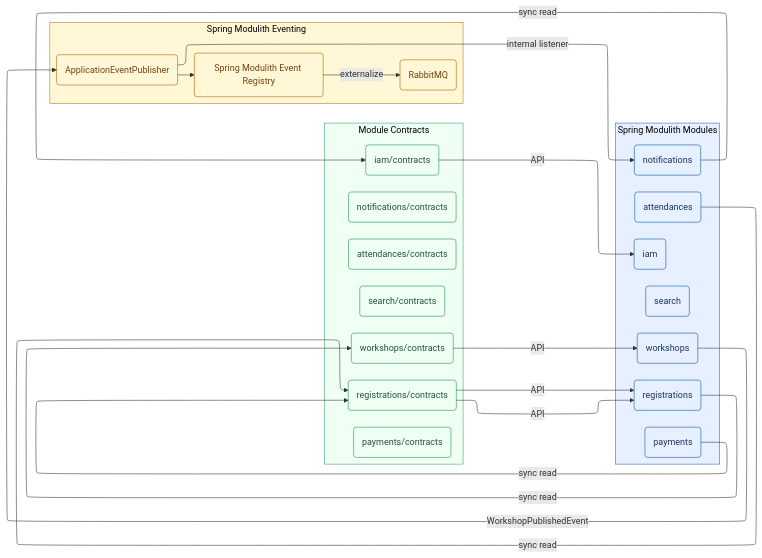
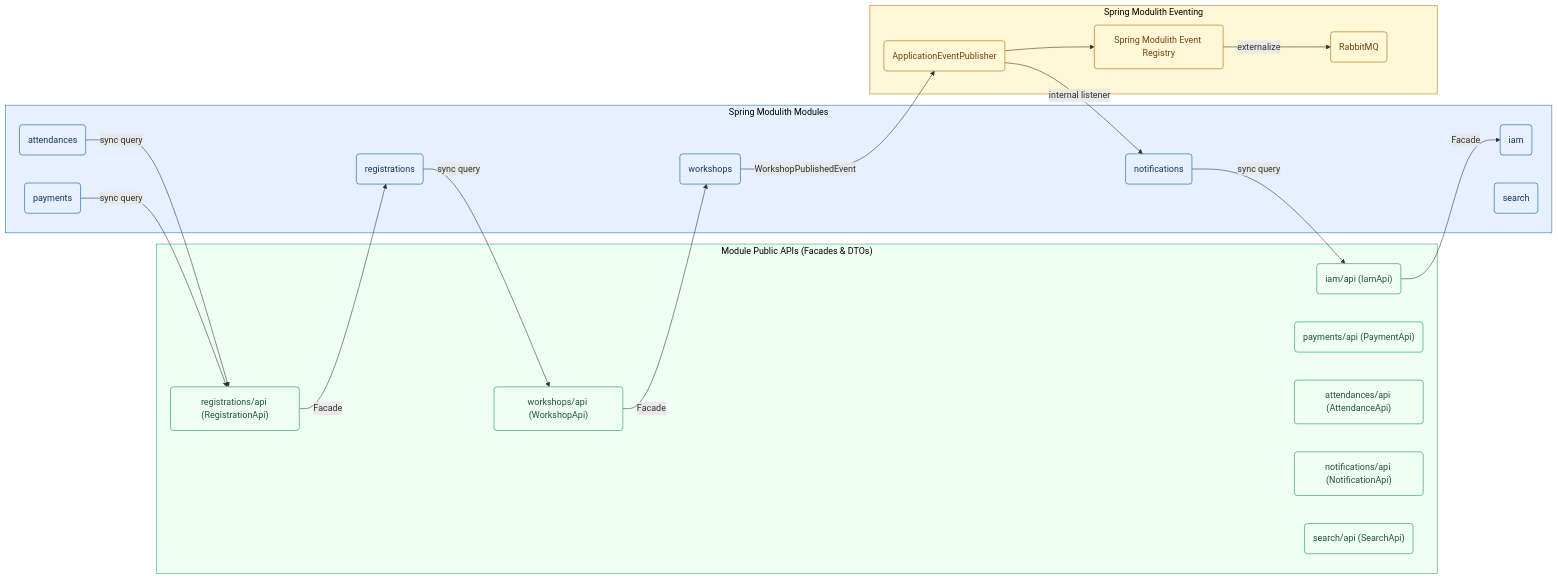
One commit to phatnguyen975/unihub-workshop changed the second of 5 diagrams in docs/project-structure.md. Above: the diagram before and after it, drawn with Mermaid. The commit also changed other lines of this file and 41 other files, not shown here.

Commit message:
refactor: update module boundaries and sync docs

````diff
--- a/docs/project-structure.md
+++ b/docs/project-structure.md
@@ -238,78 +235,50 @@
 ```mermaid
----
-config:
-  layout: elk
----
 flowchart LR
   subgraph Modules["Spring Modulith Modules"]
-    IAM["iam"]
-    Workshops["workshops"]
-    Registrations["registrations"]
-    Payments["payments"]
-    Attendances["attendances"]
-    Notifications["notifications"]
-    Search["search"]
+    IAM("iam")
+    Workshops("workshops")
+    Registrations("registrations")
+    Payments("payments")
+    Attendances("attendances")
+    Notifications("notifications")
+    Search("search")
   end
-  subgraph Contracts["Module Contracts"]
-    IAMC["iam/contracts"]
-    WSC["workshops/contracts"]
-    REGC["registrations/contracts"]
-    PAYC["payments/contracts"]
-    ATTC["attendances/contracts"]
-    NOTC["notifications/contracts"]
-    SRC["search/contracts"]
+  subgraph ModuleApis["Module Public APIs (Facades & DTOs)"]
+    IAM_API("iam/api (IamApi)")
+    WS_API("workshops/api (WorkshopApi)")
+    REG_API("registrations/api (RegistrationApi)")
+    PAY_API("payments/api (PaymentApi)")
+    ATT_API("attendances/api (AttendanceApi)")
+    NOT_API("notifications/api (NotificationApi)")
+    SR_API("search/api (SearchApi)")
   end
   subgraph Eventing["Spring Modulith Eventing"]
-    Publisher["ApplicationEventPublisher"]
-    Registry["Spring Modulith Event Registry"]
-    Broker["RabbitMQ"]
+    Publisher("ApplicationEventPublisher")
+    Registry("Spring Modulith Event Registry")
+    Broker("RabbitMQ")
   end
 
-  Registrations -- sync read --> WSC
-  WSC -- API --> Workshops
-  Payments -- sync read --> REGC
-  REGC -- API --> Registrations & Registrations
-  Attendances -- sync read --> REGC
-  Notifications -- sync read --> IAMC
-  IAMC -- API --> IAM
+  Registrations -- sync query --> WS_API
+  WS_API -- Facade --> Workshops
+  Payments -- sync query --> REG_API
+  REG_API -- Facade --> Registrations
+  Attendances -- sync query --> REG_API
+  Notifications -- sync query --> IAM_API
+  IAM_API -- Facade --> IAM
   Workshops -- WorkshopPublishedEvent --> Publisher
   Publisher -- internal listener --> Notifications
   Publisher --> Registry
   Registry -- externalize --> Broker
 
-  Workshops@{ shape: rounded}
-  Registrations@{ shape: rounded}
-  Payments@{ shape: rounded}
-  Attendances@{ shape: rounded}
-  Search@{ shape: rounded}
-  IAMC@{ shape: rounded}
-  WSC@{ shape: rounded}
-  REGC@{ shape: rounded}
-  PAYC@{ shape: rounded}
-  ATTC@{ shape: rounded}
-  NOTC@{ shape: rounded}
-  SRC@{ shape: rounded}
-    IAM:::module@{ shape: rounded}
-    Workshops:::module
-    Registrations:::module
-    Payments:::module
-    Attendances:::module
-    Notifications:::module@{ shape: rounded}
-    Search:::module
-    IAMC:::contract
-    WSC:::contract
-    REGC:::contract
-    PAYC:::contract
-    ATTC:::contract
-    NOTC:::contract
-    SRC:::contract
-    Publisher:::eventing@{ shape: rounded}
-    Registry:::eventing@{ shape: rounded}
-    Broker:::eventing@{ shape: rounded}
   classDef module fill:#e6f0ff,stroke:#2b6cb0,stroke-width:1.2px,color:#1a365d
-  classDef contract fill:#f0fff4,stroke:#38a169,stroke-width:1.2px,color:#22543d
+  classDef apiSurface fill:#f0fff4,stroke:#38a169,stroke-width:1.2px,color:#22543d
   classDef eventing fill:#fff7d6,stroke:#b7791f,stroke-width:1.2px,color:#744210
+
+  class IAM,Workshops,Registrations,Payments,Attendances,Notifications,Search module
+  class IAM_API,WS_API,REG_API,PAY_API,ATT_API,NOT_API,SR_API apiSurface
+  class Publisher,Registry,Broker eventing
+
   style Modules fill:#e6f0ff,stroke:#2b6cb0,color:#000000
-  style Contracts fill:#f0fff4,stroke:#38a169,color:#000000
+  style ModuleApis fill:#f0fff4,stroke:#38a169,color:#000000
   style Eventing fill:#fff7d6,stroke:#b7791f,color:#000000
 ```
````
